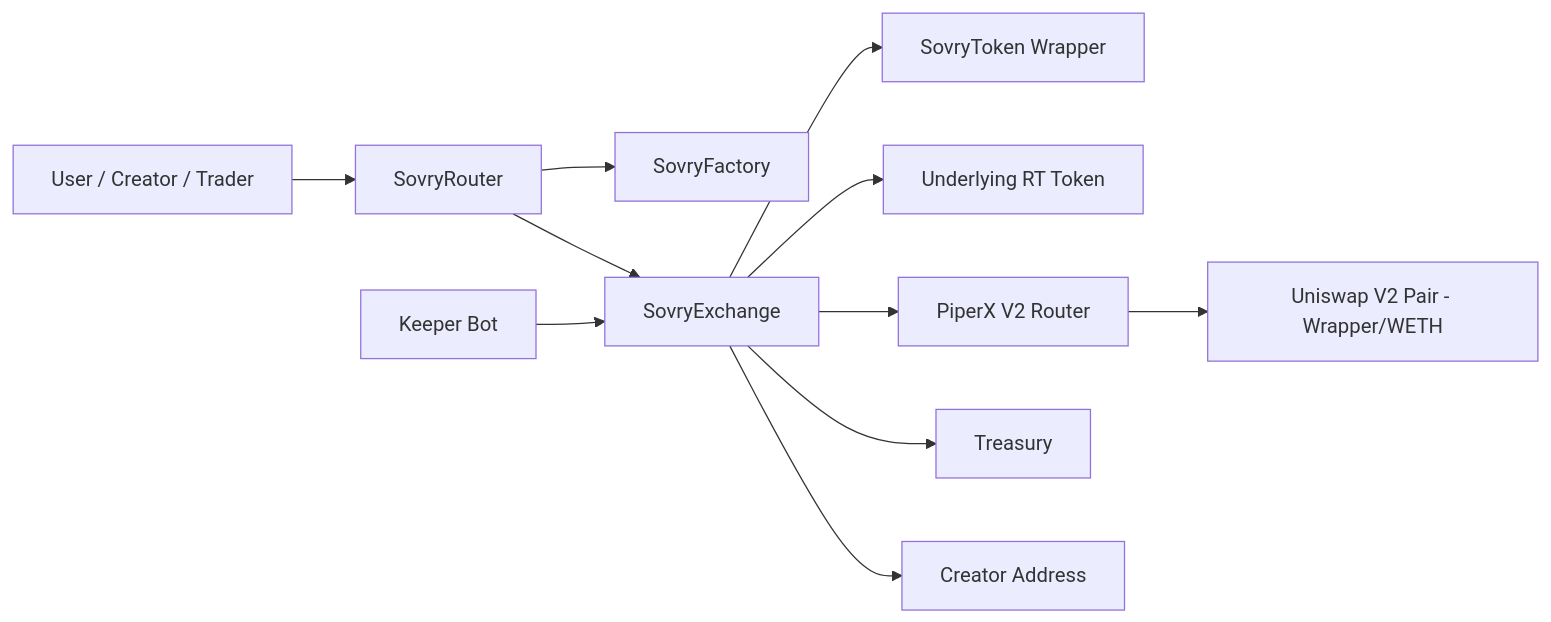
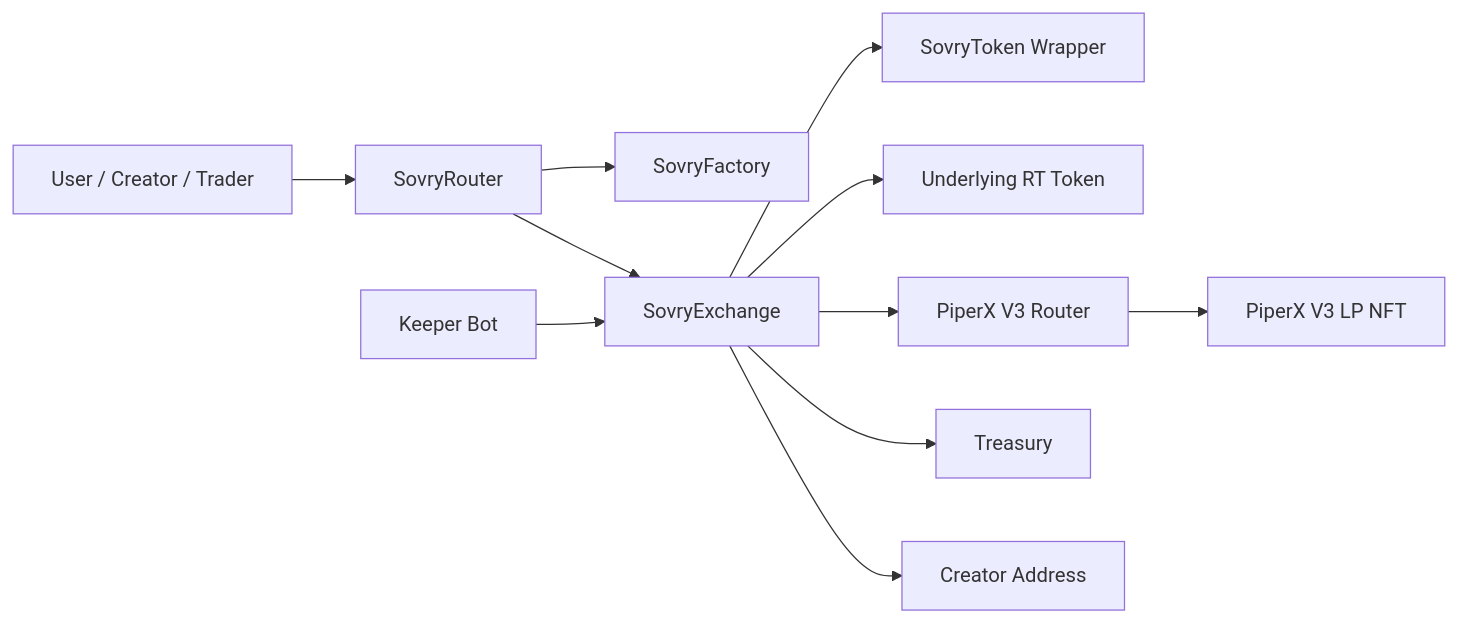
One commit to E1eng/Sovry changed the first of 8 diagrams in docs/contracts-flow.md. Above: the diagram before and after it, drawn with Mermaid. The commit also changed other lines of this file and 1 other file, not shown here.

````diff
--- a/docs/contracts-flow.md
+++ b/docs/contracts-flow.md
@@ -6,13 +71,13 @@
 ```mermaid
 graph LR;
     U["User / Creator / Trader"] --> R["SovryRouter"];
     R --> F["SovryFactory"];
     R --> X["SovryExchange"];
     Keeper["Keeper Bot"] --> X;
     X --> W["SovryToken Wrapper"];
     X --> RT["Underlying RT Token"];
-    X --> PX["PiperX V2 Router"];
-    PX --> Pair["Uniswap V2 Pair - Wrapper/WETH"];
+    X --> PX["PiperX V3 Router"];
+    PX --> Pair["PiperX V3 LP NFT"];
     X --> T["Treasury"];
     X --> Creator["Creator Address"];
 ```
````
